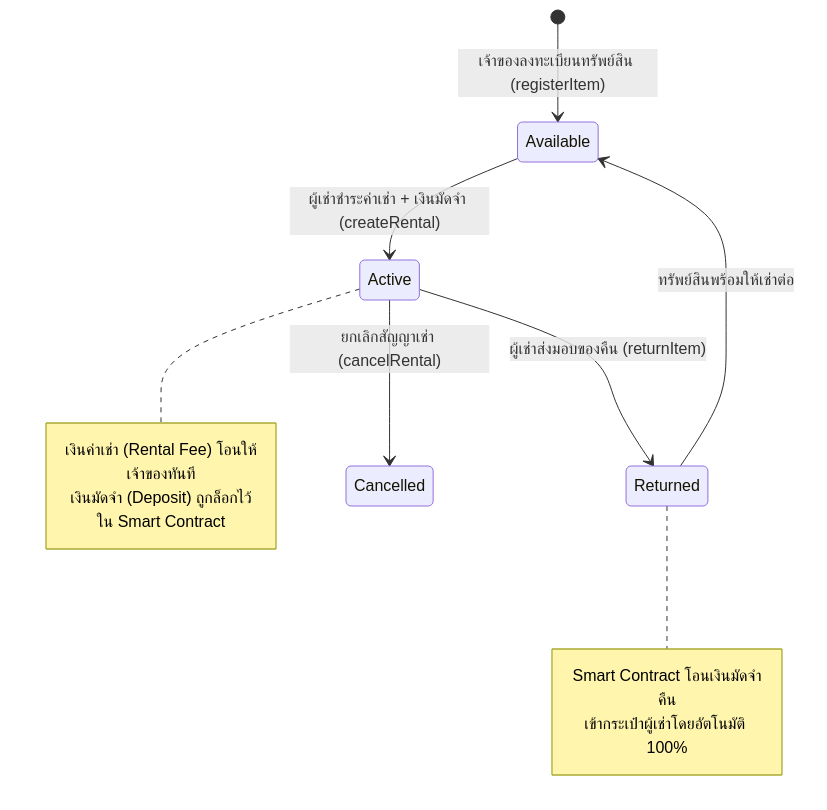
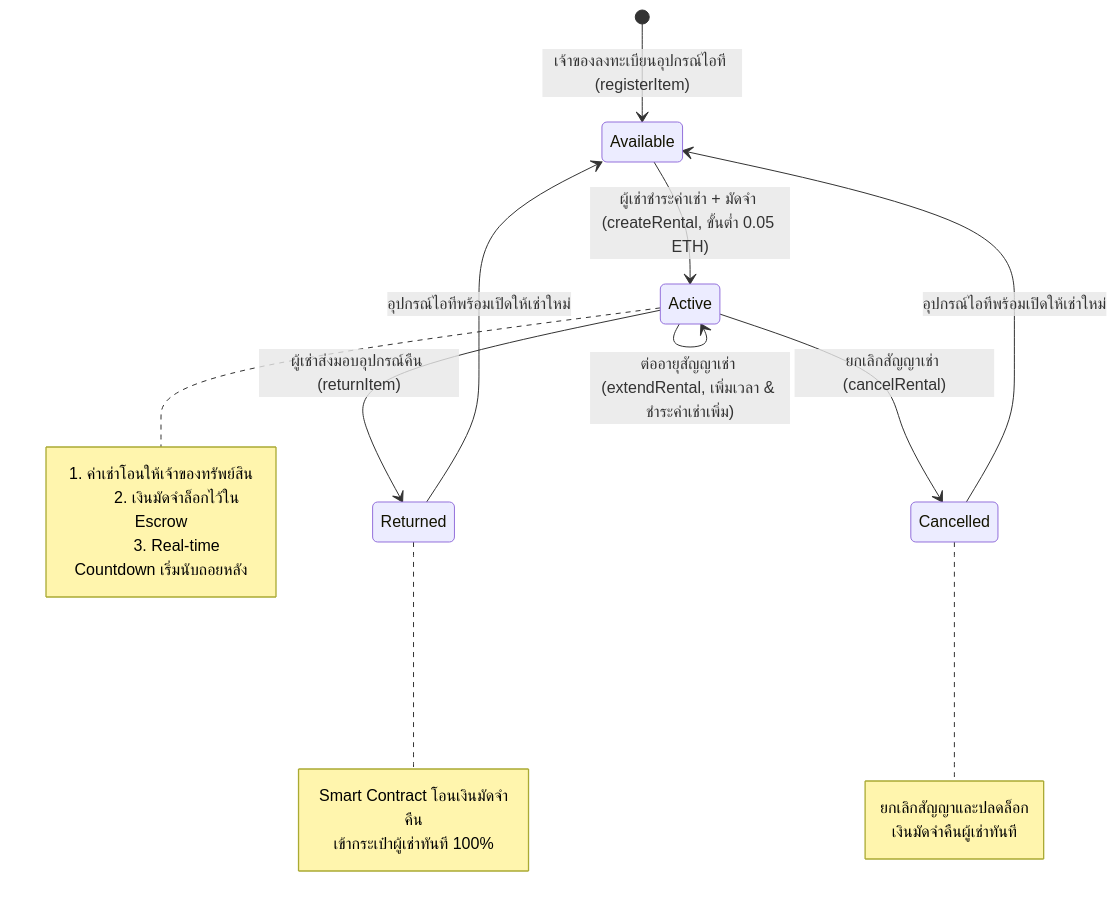
The second of 2 diagrams in README.md (Kitikon15/Blockchain-Rental-System-DApp), drawn with Mermaid before and after one commit. The commit also changed other lines of this file and 15 other files, not shown here.

Commit message:
feat: Add 21 IT hardware catalog, real-time countdown, rental extension, instant cancellation refund, live audit, and update README.md

````diff
--- a/README.md
+++ b/README.md
@@ -124,16 +135,27 @@
 ```mermaid
 stateDiagram-v2
-    [*] --> Available: เจ้าของลงทะเบียนทรัพย์สิน (registerItem)
-    Available --> Active: ผู้เช่าชำระค่าเช่า + เงินมัดจำ (createRental)
+    [*] --> Available: เจ้าของลงทะเบียนอุปกรณ์ไอที (registerItem)
+    Available --> Active: ผู้เช่าชำระค่าเช่า + มัดจำ (createRental, ขั้นต่ำ 0.05 ETH)
     note right of Active
-        เงินค่าเช่า (Rental Fee) โอนให้เจ้าของทันที
-        เงินมัดจำ (Deposit) ถูกล็อกไว้ใน Smart Contract
+        1. ค่าเช่าโอนให้เจ้าของทรัพย์สิน
+        2. เงินมัดจำล็อกไว้ใน Escrow
+        3. Real-time Countdown เริ่มนับถอยหลัง
     end note
-    Active --> Returned: ผู้เช่าส่งมอบของคืน (returnItem)
+
+    Active --> Active: ต่ออายุสัญญาเช่า (extendRental, เพิ่มเวลา & ชำระค่าเช่าเพิ่ม)
+    
+    Active --> Returned: ผู้เช่าส่งมอบอุปกรณ์คืน (returnItem)
     note right of Returned
         Smart Contract โอนเงินมัดจำคืน
-        เข้ากระเป๋าผู้เช่าโดยอัตโนมัติ 100%
+        เข้ากระเป๋าผู้เช่าทันที 100%
     end note
-    Returned --> Available: ทรัพย์สินพร้อมให้เช่าต่อ
+
     Active --> Cancelled: ยกเลิกสัญญาเช่า (cancelRental)
+    note right of Cancelled
+        ยกเลิกสัญญาและปลดล็อก
+        เงินมัดจำคืนผู้เช่าทันที
+    end note
+
+    Returned --> Available: อุปกรณ์ไอทีพร้อมเปิดให้เช่าใหม่
+    Cancelled --> Available: อุปกรณ์ไอทีพร้อมเปิดให้เช่าใหม่
 ```
````
